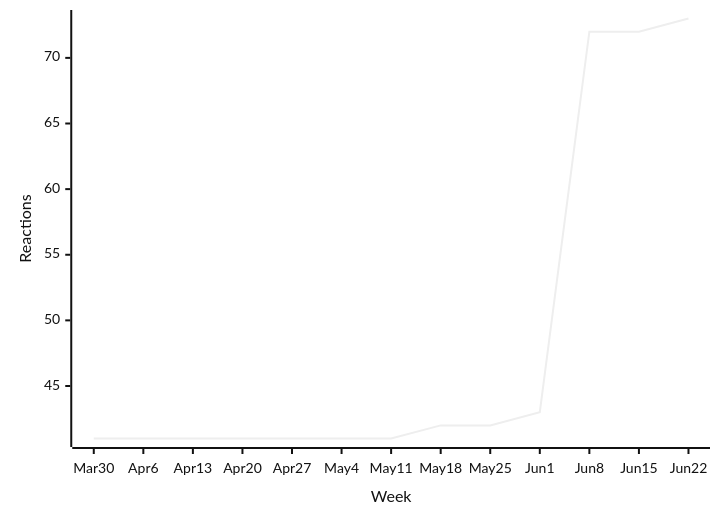
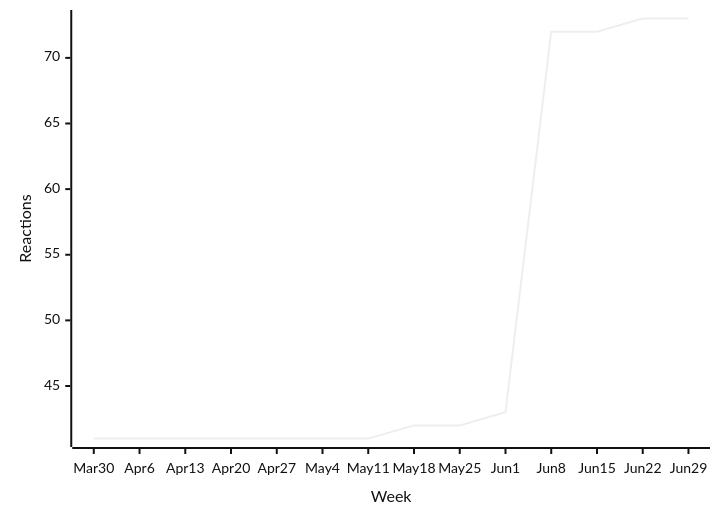
The third of 48 diagrams in README.md (loic-sharma/github-insights), drawn with Mermaid (neutral theme) before and after one commit. The commit also changed other lines of this file and 3 other files, not shown here.

````diff
--- a/README.md
+++ b/README.md
@@ -373,6 +373,6 @@
   ```mermaid
   xychart-beta
-    x-axis "Week" [Mar 30, Apr 6, Apr 13, Apr 20, Apr 27, May 4, May 11, May 18, May 25, Jun 1, Jun 8, Jun 15, Jun 22]
+    x-axis "Week" [Mar 30, Apr 6, Apr 13, Apr 20, Apr 27, May 4, May 11, May 18, May 25, Jun 1, Jun 8, Jun 15, Jun 22, Jun 29]
     y-axis "Reactions"
-    line [41, 41, 41, 41, 41, 41, 41, 42, 42, 43, 72, 72, 73]
+    line [41, 41, 41, 41, 41, 41, 41, 42, 42, 43, 72, 72, 73, 73]
   ```
````
